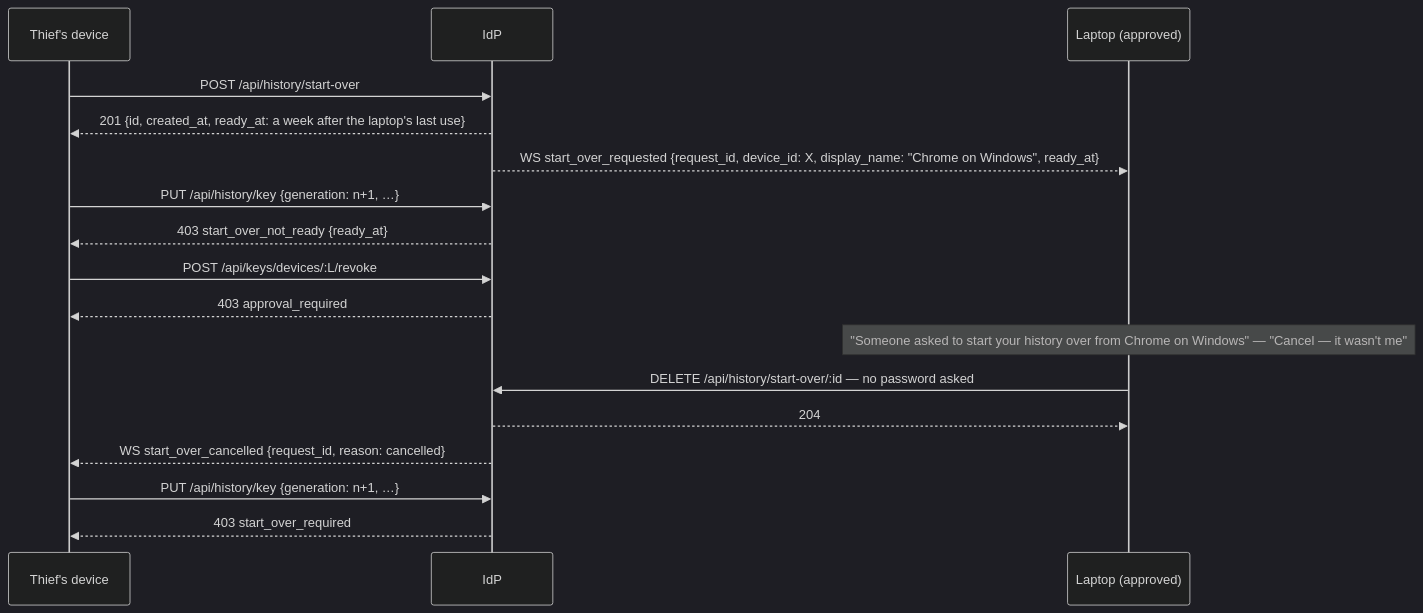
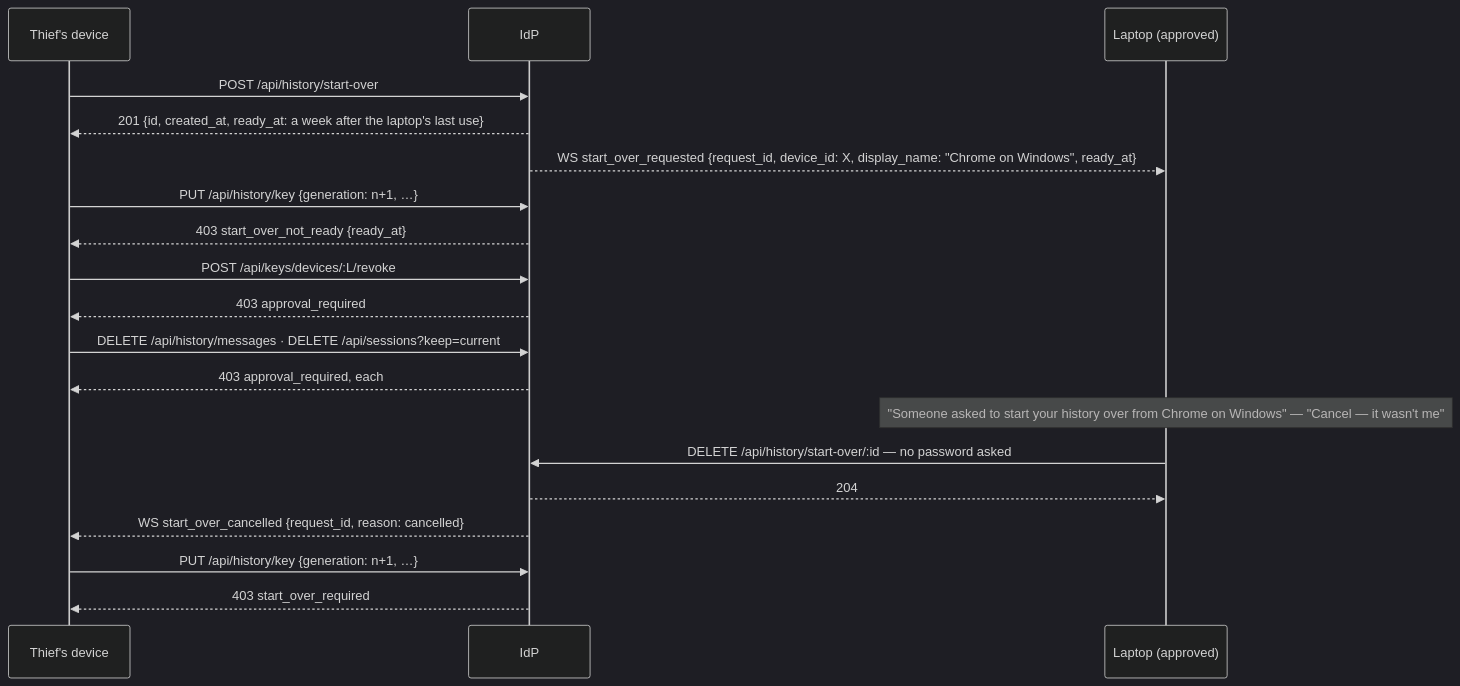
One commit to Pina-i/pinai changed diagram 20 of 21 in identity-provider/specs/e2ee.md. Above: the diagram before and after it, drawn with Mermaid (dark theme). The commit also changed other lines of this file and 29 other files, not shown here.

````diff
--- a/identity-provider/specs/e2ee.md
+++ b/identity-provider/specs/e2ee.md
@@ -2035,19 +2085,21 @@
 ```mermaid
 sequenceDiagram
     participant X as Thief's device
     participant I as IdP
     participant L as Laptop (approved)
     X->>I: POST /api/history/start-over
     I-->>X: 201 {id, created_at, ready_at: a week after the laptop's last use}
     I-->>L: WS start_over_requested {request_id, device_id: X, display_name: "Chrome on Windows", ready_at}
     X->>I: PUT /api/history/key {generation: n+1, …}
     I-->>X: 403 start_over_not_ready {ready_at}
     X->>I: POST /api/keys/devices/:L/revoke
     I-->>X: 403 approval_required
+    X->>I: DELETE /api/history/messages · DELETE /api/sessions?keep=current
+    I-->>X: 403 approval_required, each
     Note over L: "Someone asked to start your history over from Chrome on Windows" — "Cancel — it wasn't me"
     L->>I: DELETE /api/history/start-over/:id — no password asked
     I-->>L: 204
     I-->>X: WS start_over_cancelled {request_id, reason: cancelled}
     X->>I: PUT /api/history/key {generation: n+1, …}
     I-->>X: 403 start_over_required
 ```
````
